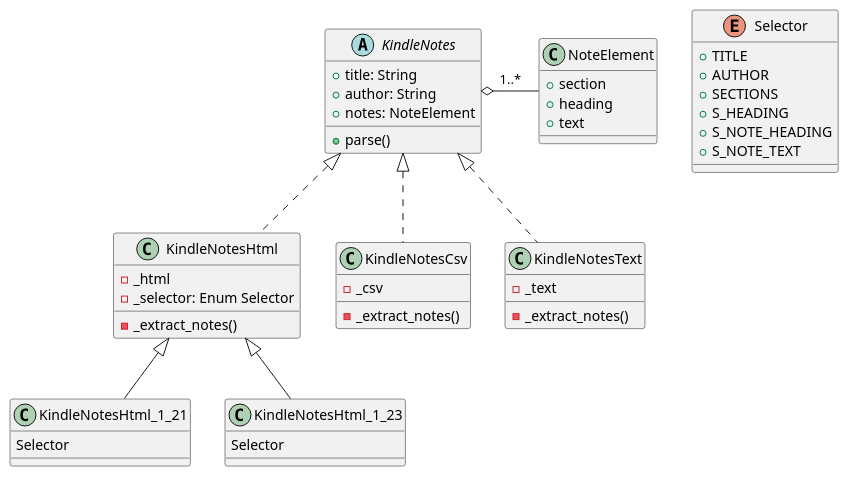
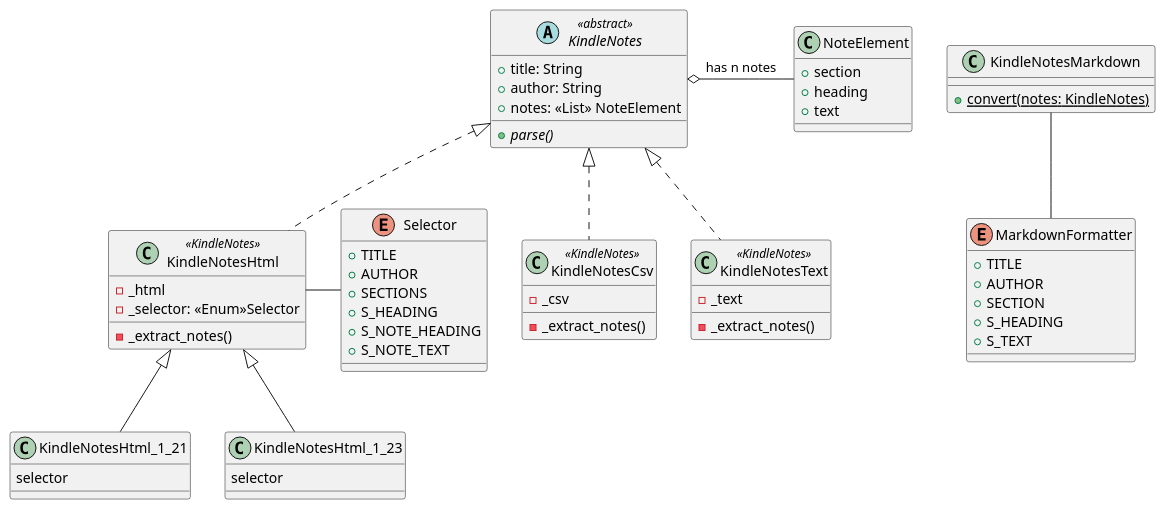
The diagram in docs/Class-Diagram.plantuml (Drinkey/kindle-notes), drawn with PlantUML before and after one commit. The commit also changed 1 other file, not shown here.

Commit message:
feat(uml): update UML according to latest structure
close #12

```diff
--- a/docs/Class-Diagram.plantuml
+++ b/docs/Class-Diagram.plantuml
@@ -1,57 +1,71 @@
 @startuml
 
-abstract class KindleNotes {
+class KindleNotesMarkdown {
++ {static} convert(notes: KindleNotes)
+}
+
+enum MarkdownFormatter {
++ TITLE
++ AUTHOR
++ SECTION
++ S_HEADING
++ S_TEXT
+}
+
+KindleNotesMarkdown -- MarkdownFormatter
+
+abstract class KindleNotes<<abstract>> {
 +title: String
 +author: String
-+notes: NoteElement
-+parse()
++notes: <<List>> NoteElement
++{abstract}parse()
 }
 
 class NoteElement{
 +section
 +heading
 +text
 }
 
 enum Selector{
 + TITLE
 + AUTHOR
 + SECTIONS
 + S_HEADING
 + S_NOTE_HEADING
 + S_NOTE_TEXT
 }
 
 class KindleNotesHtml_1_21{
-Selector
+selector
 }
 
 class KindleNotesHtml_1_23{
-Selector
+selector
 }
 
-class KindleNotesHtml{
+class KindleNotesHtml <<KindleNotes>>{
 - _html
-- _selector: Enum Selector
+- _selector: <<Enum>>Selector
 - _extract_notes()
 }
 
-class KindleNotesCsv{
+class KindleNotesCsv <<KindleNotes>>{
 - _csv
 - _extract_notes()
 }
 
-class KindleNotesText{
+class KindleNotesText <<KindleNotes>>{
 - _text
 - _extract_notes()
 }
 
-
+KindleNotesHtml -right- Selector
 KindleNotesHtml_1_21 -up-|> KindleNotesHtml
 KindleNotesHtml_1_23 -up-|> KindleNotesHtml
 KindleNotesHtml .up.|> KindleNotes
 KindleNotesCsv .up.|> KindleNotes
 KindleNotesText .up.|> KindleNotes
-NoteElement -left-o KindleNotes: 1..*
+NoteElement -left-o KindleNotes: has n notes
 
 @enduml
```
